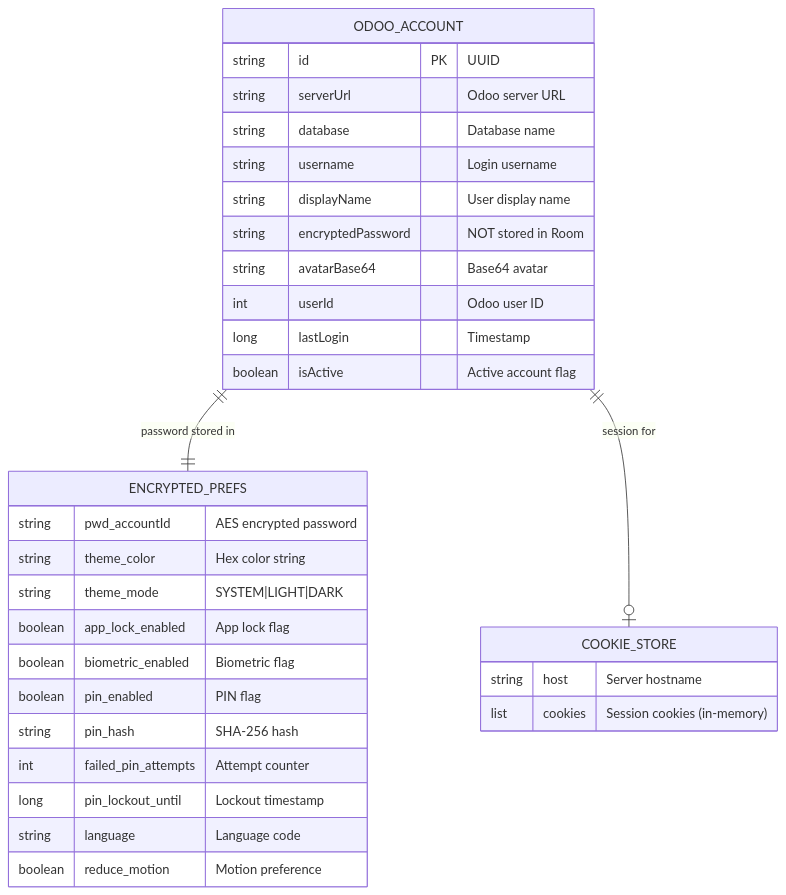
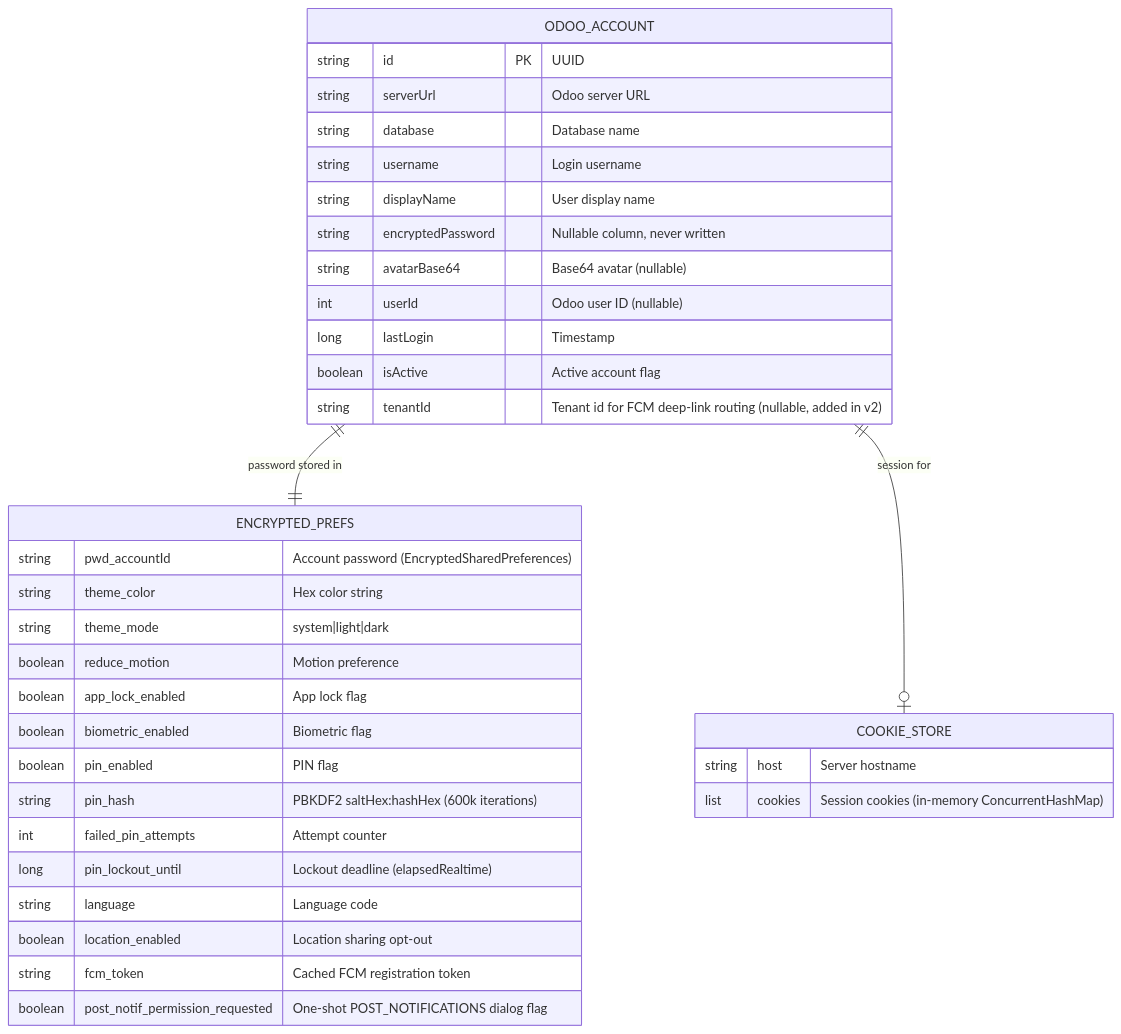
Before and after one commit to WOOWTECH/Woow_odoo_app: diagram 21 of 22 in docs/architecture-overview.md, drawn with Mermaid. The commit also changed other lines of this file, not shown here.

First line of the commit message:
docs(arch): merge v1.4.1 architecture rewrite with audited legacy sections

````diff
--- a/docs/architecture-overview.md
+++ b/docs/architecture-overview.md
@@ -951,37 +1189,41 @@
 ```mermaid
 erDiagram
     ODOO_ACCOUNT {
         string id PK "UUID"
         string serverUrl "Odoo server URL"
         string database "Database name"
         string username "Login username"
         string displayName "User display name"
-        string encryptedPassword "NOT stored in Room"
-        string avatarBase64 "Base64 avatar"
-        int userId "Odoo user ID"
+        string encryptedPassword "Nullable column, never written"
+        string avatarBase64 "Base64 avatar (nullable)"
+        int userId "Odoo user ID (nullable)"
         long lastLogin "Timestamp"
         boolean isActive "Active account flag"
+        string tenantId "Tenant id for FCM deep-link routing (nullable, added in v2)"
     }
 
     ENCRYPTED_PREFS {
-        string pwd_accountId "AES encrypted password"
+        string pwd_accountId "Account password (EncryptedSharedPreferences)"
         string theme_color "Hex color string"
-        string theme_mode "SYSTEM|LIGHT|DARK"
+        string theme_mode "system|light|dark"
+        boolean reduce_motion "Motion preference"
         boolean app_lock_enabled "App lock flag"
         boolean biometric_enabled "Biometric flag"
         boolean pin_enabled "PIN flag"
-        string pin_hash "SHA-256 hash"
+        string pin_hash "PBKDF2 saltHex:hashHex (600k iterations)"
         int failed_pin_attempts "Attempt counter"
-        long pin_lockout_until "Lockout timestamp"
+        long pin_lockout_until "Lockout deadline (elapsedRealtime)"
         string language "Language code"
-        boolean reduce_motion "Motion preference"
+        boolean location_enabled "Location sharing opt-out"
+        string fcm_token "Cached FCM registration token"
+        boolean post_notif_permission_requested "One-shot POST_NOTIFICATIONS dialog flag"
     }
 
     COOKIE_STORE {
         string host "Server hostname"
-        list cookies "Session cookies (in-memory)"
+        list cookies "Session cookies (in-memory ConcurrentHashMap)"
     }
 
     ODOO_ACCOUNT ||--|| ENCRYPTED_PREFS : "password stored in"
     ODOO_ACCOUNT ||--o| COOKIE_STORE : "session for"
 ```
````
